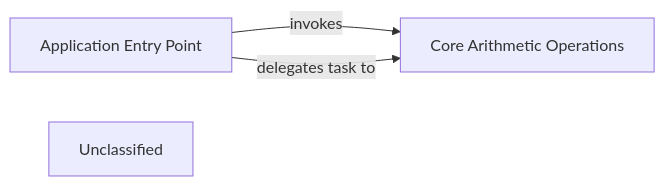
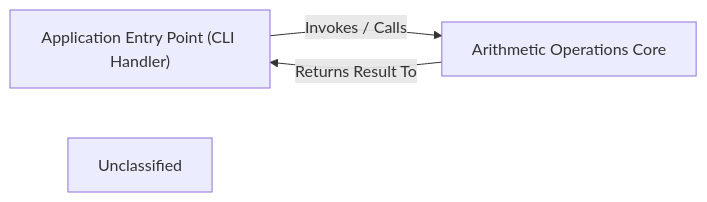
One commit to workingshem/testcodeboarding changed the diagram in testcodeboarding/on_boarding.md. Above: the diagram before and after it, drawn with Mermaid. The commit also changed other lines of this file, not shown here.

````diff
--- a/testcodeboarding/on_boarding.md
+++ b/testcodeboarding/on_boarding.md
@@ -1,8 +1,8 @@
 ```mermaid
 graph LR
-    Application_Entry_Point["Application Entry Point"]
-    Core_Arithmetic_Operations["Core Arithmetic Operations"]
+    Application_Entry_Point_CLI_Handler_["Application Entry Point (CLI Handler)"]
+    Arithmetic_Operations_Core["Arithmetic Operations Core"]
     Unclassified["Unclassified"]
-    Application_Entry_Point -- "invokes" --> Core_Arithmetic_Operations
-    Application_Entry_Point -- "delegates task to" --> Core_Arithmetic_Operations
+    Application_Entry_Point_CLI_Handler_ -- "Invokes / Calls" --> Arithmetic_Operations_Core
+    Arithmetic_Operations_Core -- "Returns Result To" --> Application_Entry_Point_CLI_Handler_
 ```
````
